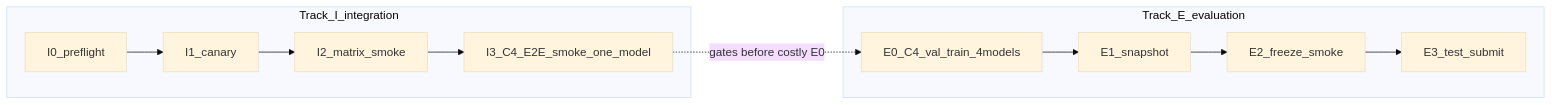
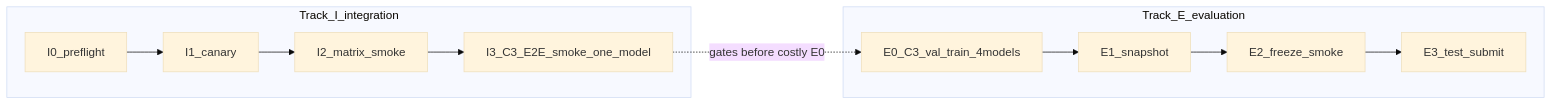
Before and after one commit to ambr-0-se/DeepResearchMetaAgent: the diagram in docs/handoffs/HANDOFF_TEST_EVAL.md, drawn with Mermaid (base theme). The commit also changed other lines of this file and 14 other files, not shown here.

````diff
--- a/docs/handoffs/HANDOFF_TEST_EVAL.md
+++ b/docs/handoffs/HANDOFF_TEST_EVAL.md
@@ -45,18 +45,18 @@
 ```mermaid
 flowchart LR
   subgraph Itrack [Track_I_integration]
     I0[I0_preflight]
     I1[I1_canary]
     I2[I2_matrix_smoke]
-    I3[I3_C4_E2E_smoke_one_model]
+    I3[I3_C3_E2E_smoke_one_model]
     I0 --> I1 --> I2 --> I3
   end
   subgraph Etrack [Track_E_evaluation]
-    E0[E0_C4_val_train_4models]
+    E0[E0_C3_val_train_4models]
     E1[E1_snapshot]
     E2[E2_freeze_smoke]
     E3[E3_test_submit]
     E0 --> E1 --> E2 --> E3
   end
   I3 -.->|"gates before costly E0"| E0
 ```
````
